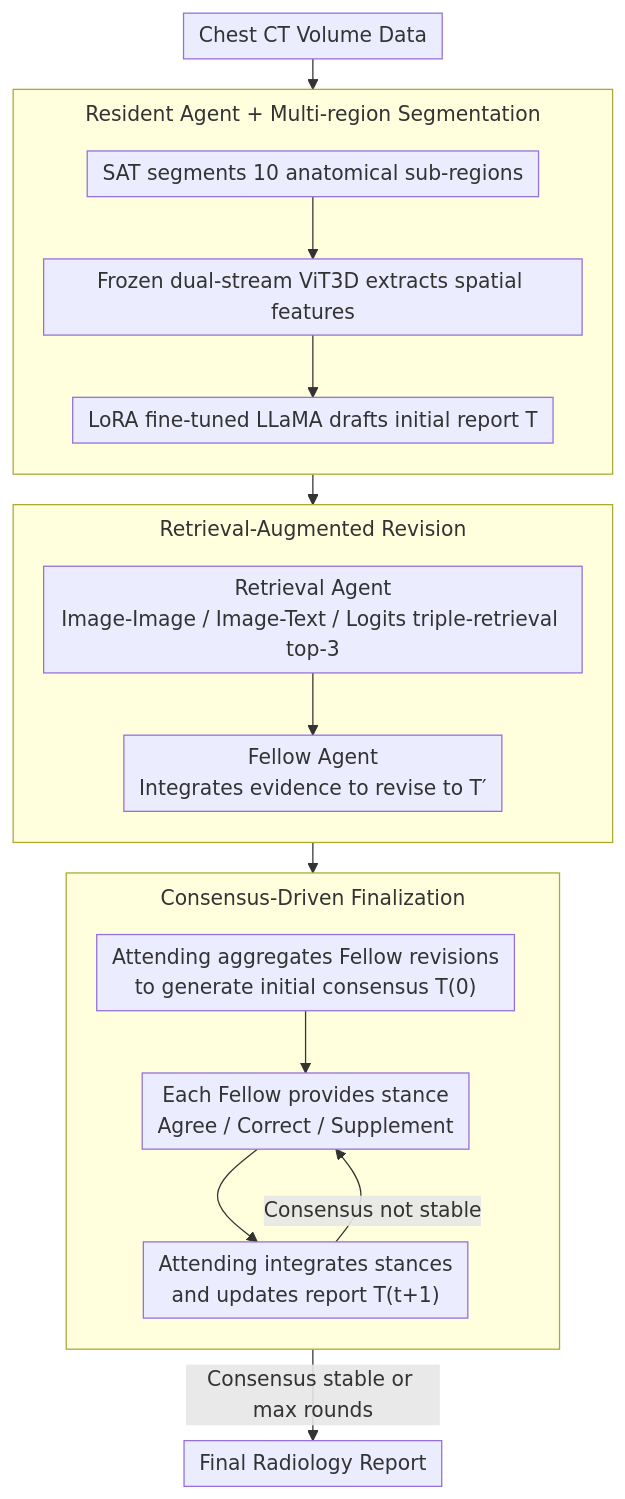
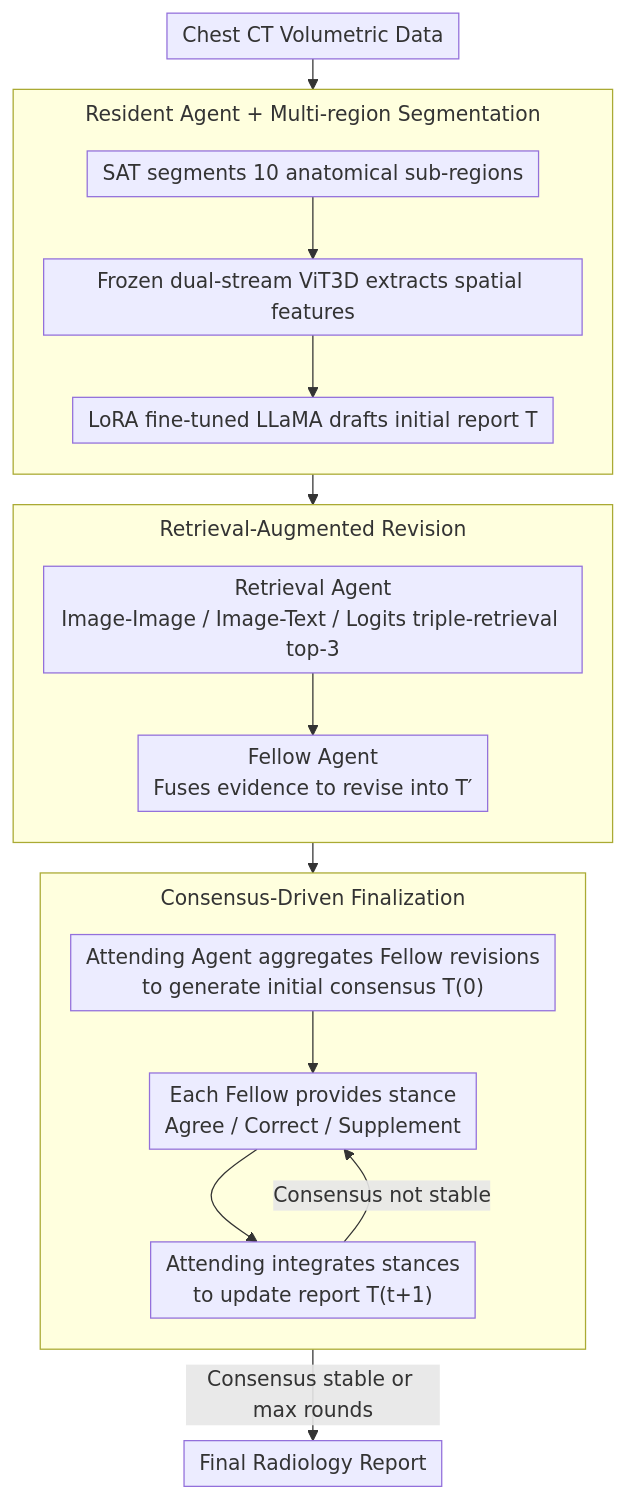
One commit to zhaoyang97/Paper-Notes-en changed the diagram in docs/ACL2026/medical_nlp/march_multi-agent_radiology_clinical_hierarchy_for_ct_report_generation.md. Above: the diagram before and after it, drawn with Mermaid. The commit also changed other lines of this file and 5084 other files, not shown here.

````diff
--- a/docs/ACL2026/medical_nlp/march_multi-agent_radiology_clinical_hierarchy_for_ct_report_generation.md
+++ b/docs/ACL2026/medical_nlp/march_multi-agent_radiology_clinical_hierarchy_for_ct_report_generation.md
@@ -46,24 +46,24 @@
 ```mermaid
 %%{init: {'flowchart': {'rankSpacing': 24, 'nodeSpacing': 28, 'padding': 6, 'wrappingWidth': 400, 'subGraphTitleMargin': {'top': 8, 'bottom': 16}}}}%%
 flowchart TD
-    IN["Chest CT Volume Data"]
+    IN["Chest CT Volumetric Data"]
     subgraph S1["Resident Agent + Multi-region Segmentation"]
         direction TB
         A["SAT segments 10 anatomical sub-regions"] --> B["Frozen dual-stream ViT3D extracts spatial features"]
         B --> C["LoRA fine-tuned LLaMA drafts initial report T"]
     end
     subgraph S2["Retrieval-Augmented Revision"]
         direction TB
-        D["Retrieval Agent<br/>Image-Image / Image-Text / Logits triple-retrieval top-3"] --> E["Fellow Agent<br/>Integrates evidence to revise to T′"]
+        D["Retrieval Agent<br/>Image-Image / Image-Text / Logits triple-retrieval top-3"] --> E["Fellow Agent<br/>Fuses evidence to revise into T′"]
     end
     subgraph S3["Consensus-Driven Finalization"]
         direction TB
-        F["Attending aggregates Fellow revisions<br/>to generate initial consensus T(0)"] --> G["Each Fellow provides stance<br/>Agree / Correct / Supplement"]
-        G --> H["Attending integrates stances<br/>and updates report T(t+1)"]
+        F["Attending Agent aggregates Fellow revisions<br/>to generate initial consensus T(0)"] --> G["Each Fellow provides stance<br/>Agree / Correct / Supplement"]
+        G --> H["Attending integrates stances<br/>to update report T(t+1)"]
         H -->|"Consensus not stable"| G
     end
     IN --> S1
     S1 --> S2
     S2 --> S3
     S3 -->|"Consensus stable or max rounds"| OUT["Final Radiology Report"]
 ```
````
